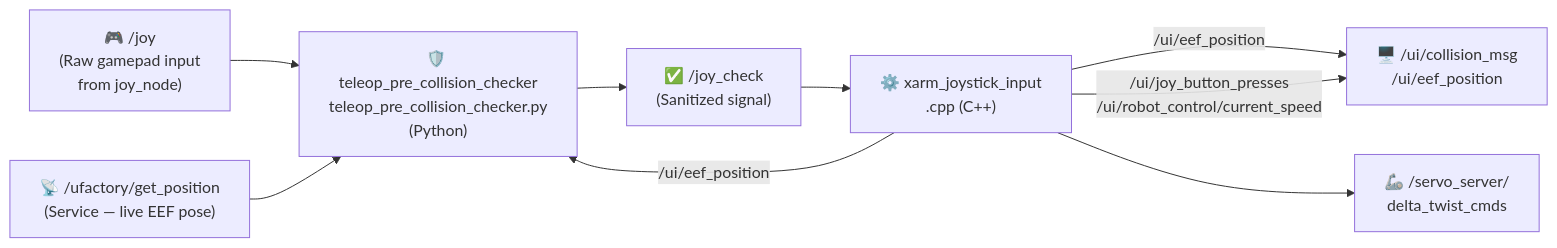
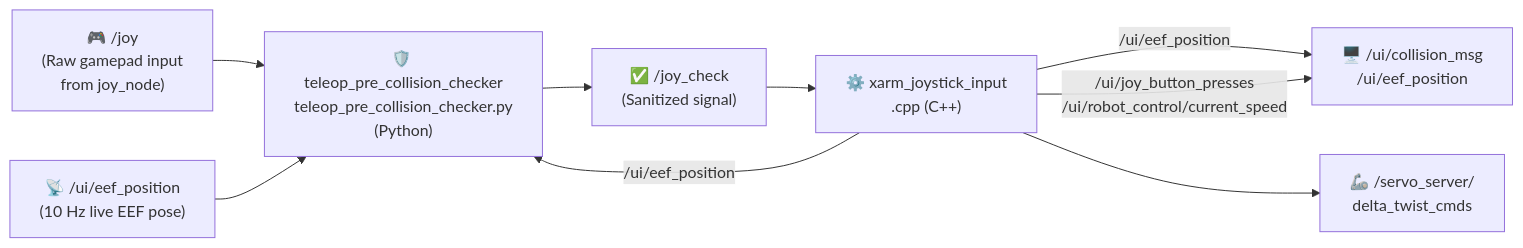
Before and after one commit to lu4k87/my_xarm_lite6-extended: the third of 4 diagrams in README.md, drawn with Mermaid. The commit also changed other lines of this file and 1 other file, not shown here.

````diff
--- a/README.md
+++ b/README.md
@@ -1393,19 +1627,19 @@
 ```mermaid
 flowchart LR
  JOY["🎮 /joy\n(Raw gamepad input\nfrom joy_node)"]
  CHECKER["🛡️ teleop_pre_collision_checker\nteleop_pre_collision_checker.py\n(Python)"]
  JOY_CHECK["✅ /joy_check\n(Sanitized signal)"]
  CPP["⚙️ xarm_joystick_input\n.cpp (C++)"]
  SERVO["🦾 /servo_server/\ndelta_twist_cmds"]
- POS["📡 /ufactory/get_position\n(Service — live EEF pose)"]
+ POS["📡 /ui/eef_position\n(10 Hz live EEF pose)"]
  UI["🖥️ /ui/collision_msg\n/ui/eef_position"]
 
  JOY --> CHECKER
  POS --> CHECKER
  CHECKER --> JOY_CHECK
  CPP --> |"/ui/eef_position"| CHECKER
  CPP --> |"/ui/eef_position"| UI
  JOY_CHECK --> CPP
  CPP --> SERVO
  CPP --> |"/ui/joy_button_presses\n/ui/robot_control/current_speed"| UI
 ```
````
